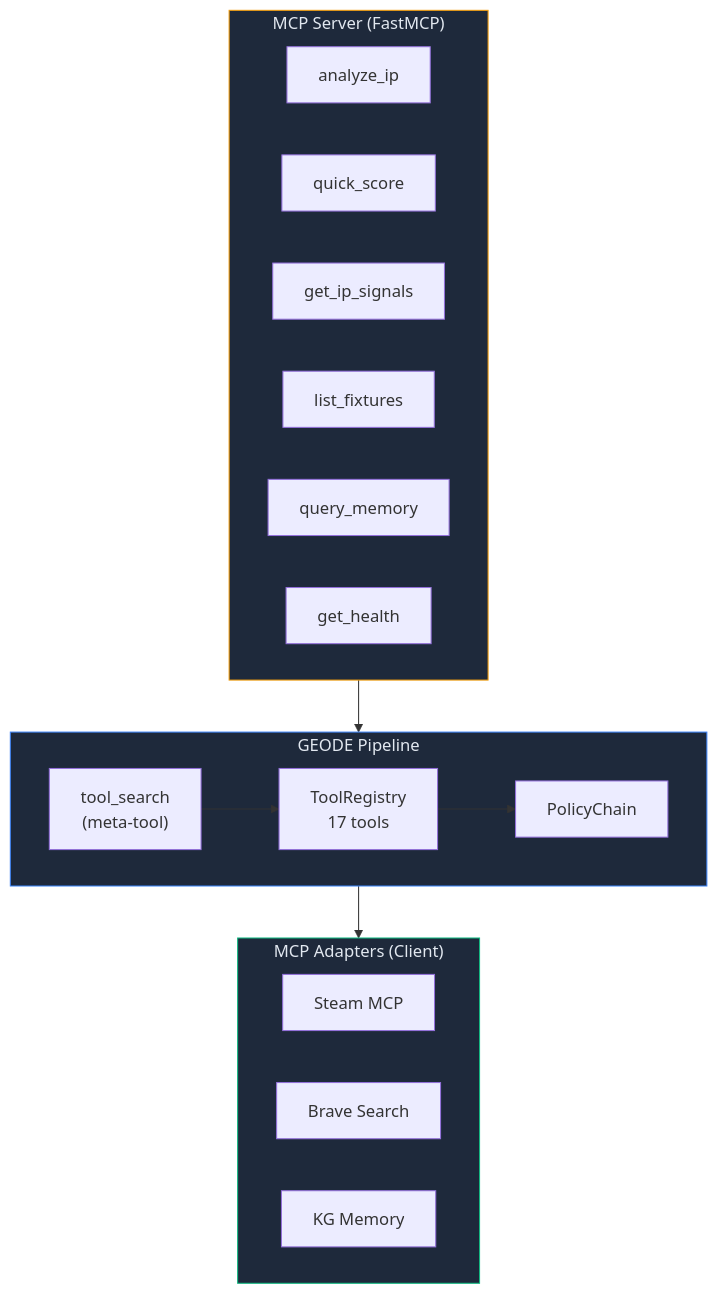
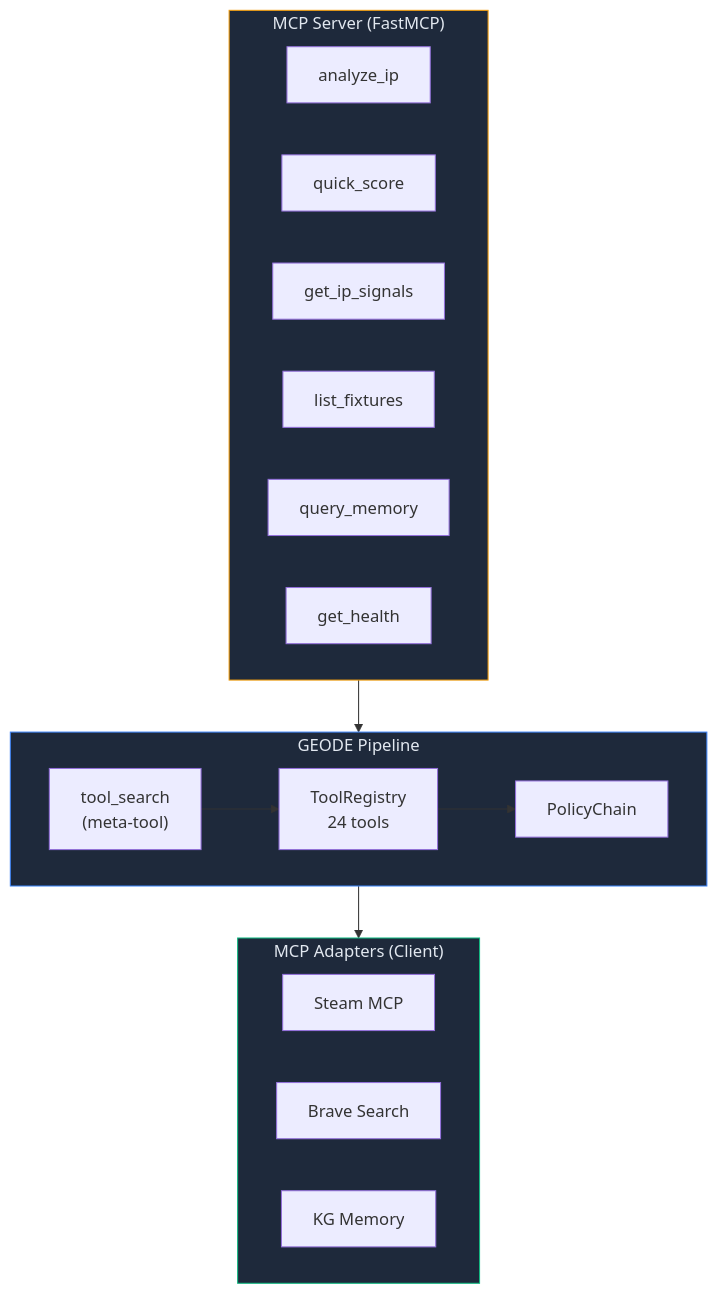
Before and after one commit to mangowhoiscloud/geode: the fourth of 4 diagrams in README.md, drawn with Mermaid. The commit also changed other lines of this file and 2 other files, not shown here.

````diff
--- a/README.md
+++ b/README.md
@@ -140,32 +140,32 @@
 ```mermaid
 graph TB
     subgraph GEODE["GEODE Pipeline"]
-        Registry["ToolRegistry<br/>17 tools"]
+        Registry["ToolRegistry<br/>24 tools"]
         Policy["PolicyChain"]
         TS["tool_search<br/>(meta-tool)"]
     end
 
     subgraph MCPAdapters["MCP Adapters (Client)"]
         Steam["Steam MCP"]
         Brave["Brave Search"]
         KGMem["KG Memory"]
     end
 
     subgraph MCPServer["MCP Server (FastMCP)"]
         T1["analyze_ip"]
         T2["quick_score"]
         T3["get_ip_signals"]
         T4["list_fixtures"]
         T5["query_memory"]
         T6["get_health"]
     end
 
     Registry --> Policy
     TS --> Registry
     GEODE --> MCPAdapters
     MCPServer --> GEODE
 
     style GEODE fill:#1e293b,stroke:#3b82f6,color:#e2e8f0
     style MCPAdapters fill:#1e293b,stroke:#10b981,color:#e2e8f0
     style MCPServer fill:#1e293b,stroke:#f59e0b,color:#e2e8f0
 ```
````
